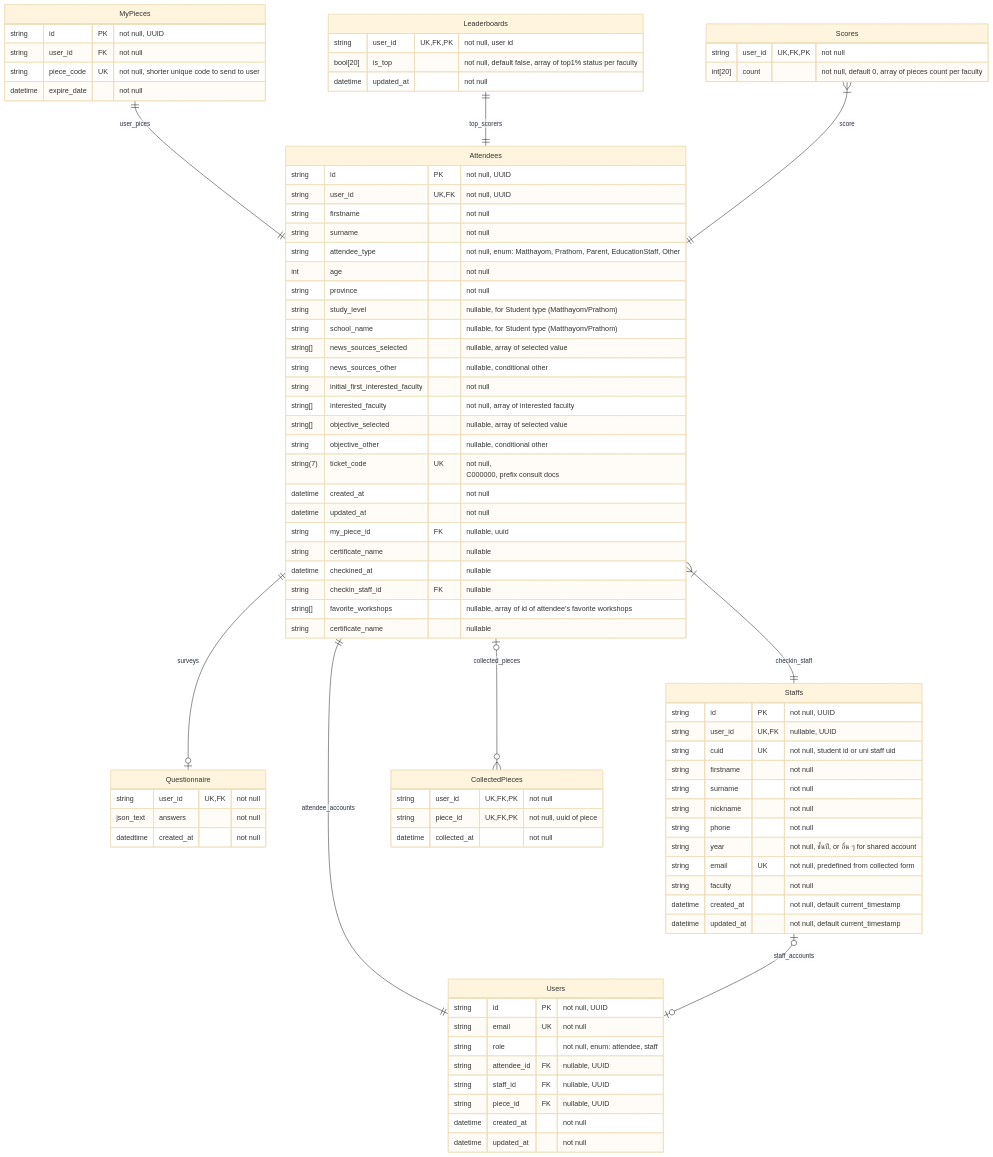
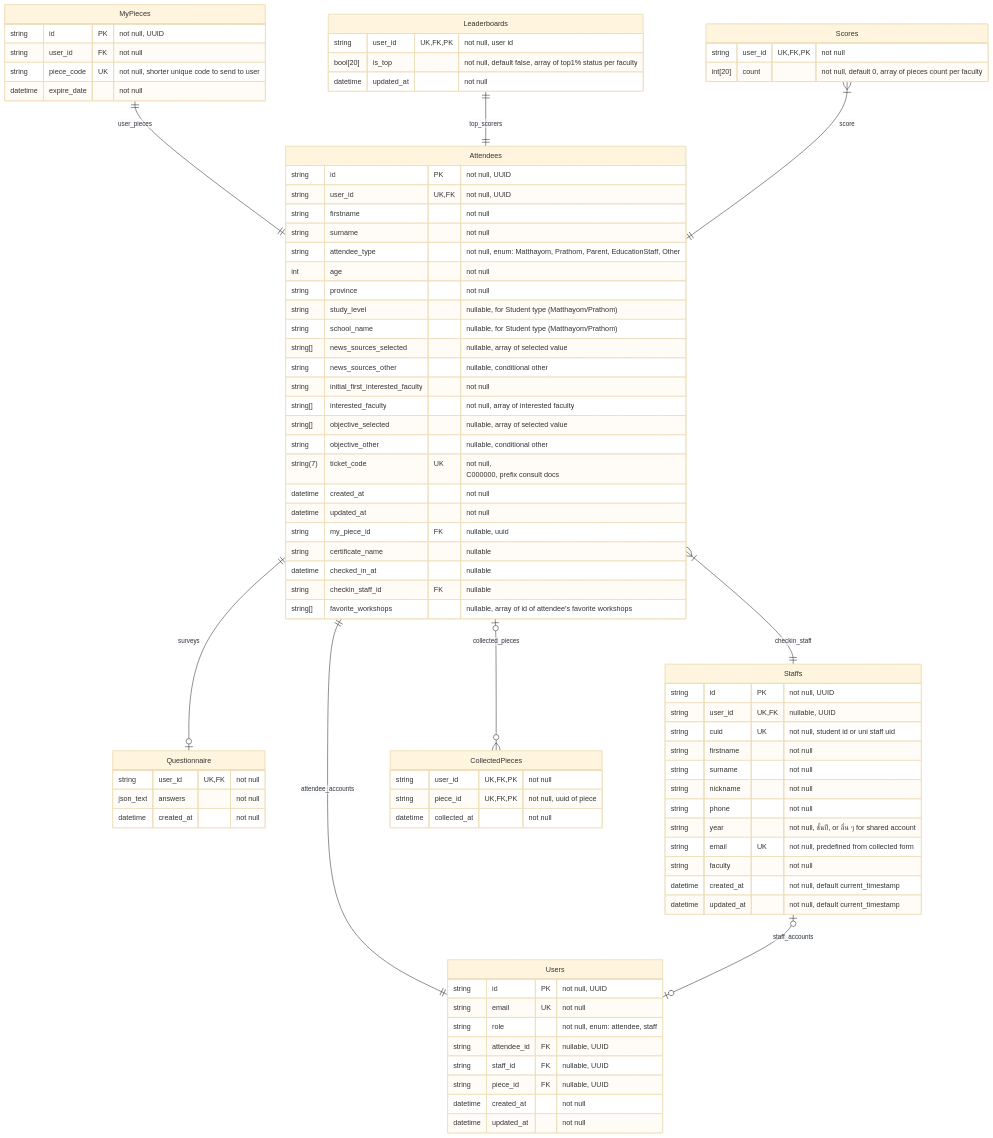
One commit to isd-sgcu/oph26-backend changed the diagram in README.md. Above: the diagram before and after it, drawn with Mermaid (base theme).

Commit message:
Apply suggestions from code review

````diff
--- a/README.md
+++ b/README.md
@@ -13,7 +13,7 @@
     Attendees    ||--||  Users: attendee_accounts
     Staffs       |o--o|  Users: staff_accounts
     Attendees    |o--o{  CollectedPieces : collected_pieces
-    MyPieces     ||--||  Attendees: user_pices
+    MyPieces     ||--||  Attendees: user_pieces
     Leaderboards ||--||  Attendees: top_scorers
     Scores       }|--||  Attendees: score
     Attendees    }|--||  Staffs: checkin_staff
@@ -51,12 +51,12 @@
         string my_piece_id FK "nullable, uuid"
         string certificate_name "nullable"
         %% checkedin
-        datetime checkined_at "nullable"
+        datetime checked_in_at "nullable"
         string checkin_staff_id FK "nullable"
         %% workshops
         string[] favorite_workshops "nullable, array of id of attendee's favorite workshops"
         %% certificate
-        string certificate_name "nullable"
+
     }
 
     Staffs {
@@ -102,6 +102,6 @@
     Questionnaire {
         string user_id UK, FK "not null"
         json_text answers "not null"
-        datedtime created_at "not null"
+        datetime created_at "not null"
     }
 ```
````
